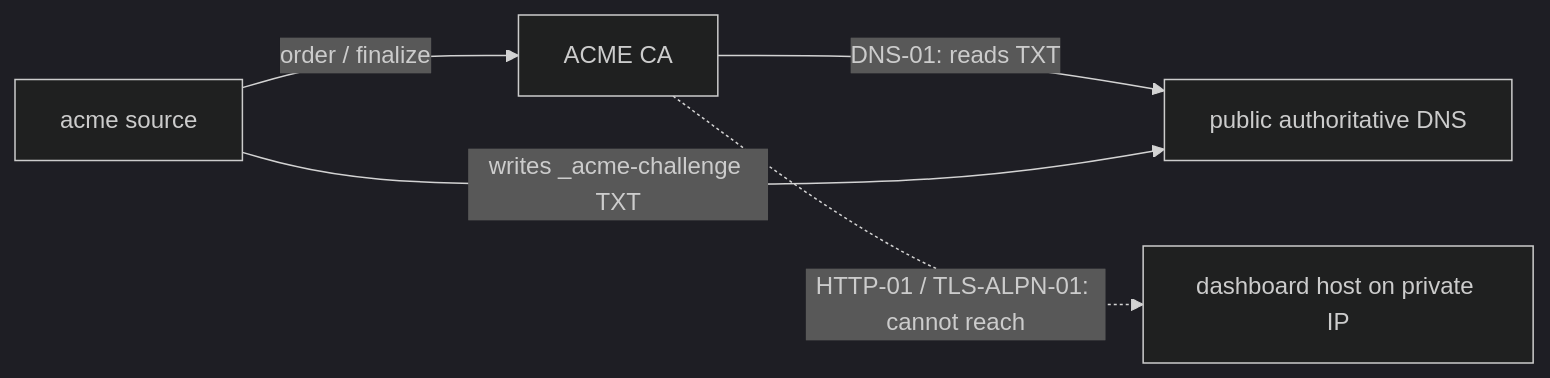
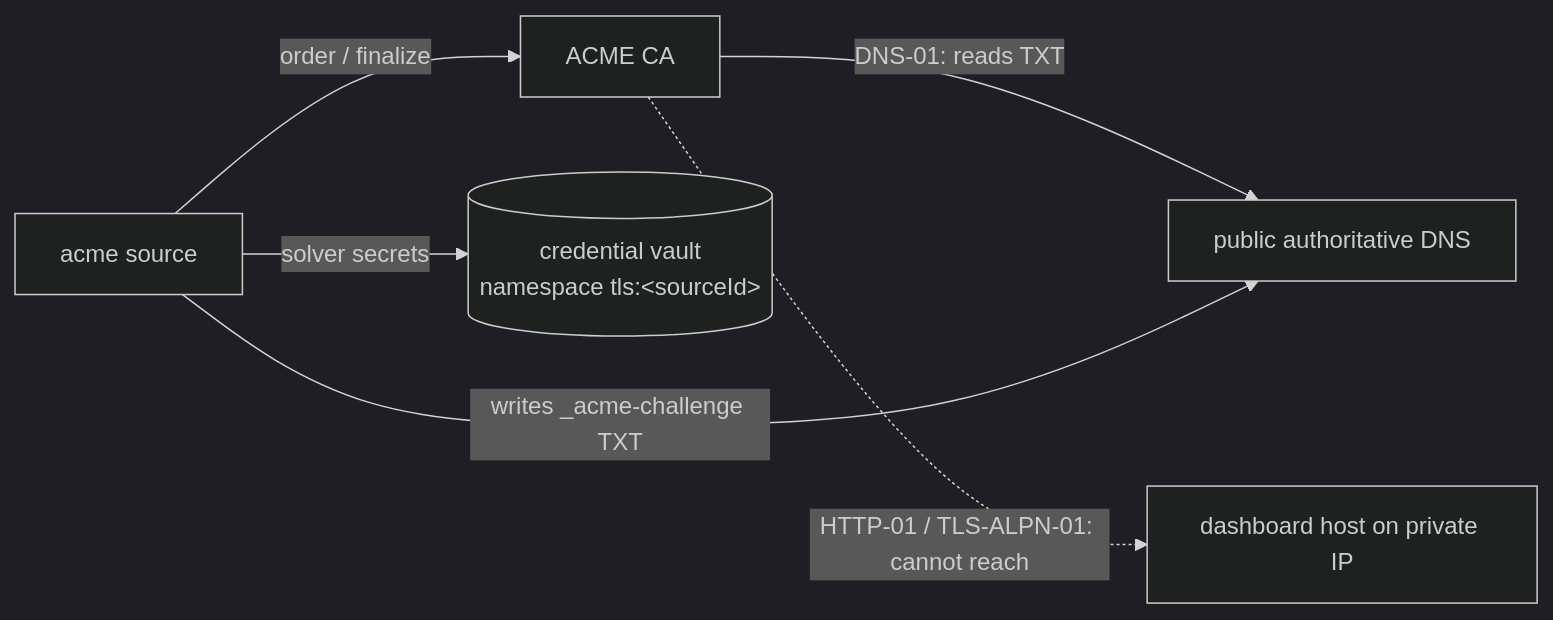
The diagram in openspec/changes/add-acme-dns01-certs/design.md (BlackBeltTechnology/pi-agent-dashboard), drawn with Mermaid (dark theme) before and after one commit. The commit also changed other lines of this file and 11 other files, not shown here.

First line of the commit message:
plan(add-acme-dns01-certs): vault-backed solver secrets, per-entry routes, mockup, test-plan fold

````diff
--- a/openspec/changes/add-acme-dns01-certs/design.md
+++ b/openspec/changes/add-acme-dns01-certs/design.md
@@ -5,7 +9,8 @@
 ```mermaid
 flowchart LR
   CA[ACME CA] -. "HTTP-01 / TLS-ALPN-01: cannot reach" .-> H[dashboard host on private IP]
   CA -- "DNS-01: reads TXT" --> DNS[public authoritative DNS]
   S[acme source] -- "writes _acme-challenge TXT" --> DNS
   S -- "order / finalize" --> CA
+  S -- "solver secrets" --> V[(credential vault<br/>namespace tls:&lt;sourceId&gt;)]
 ```
````
